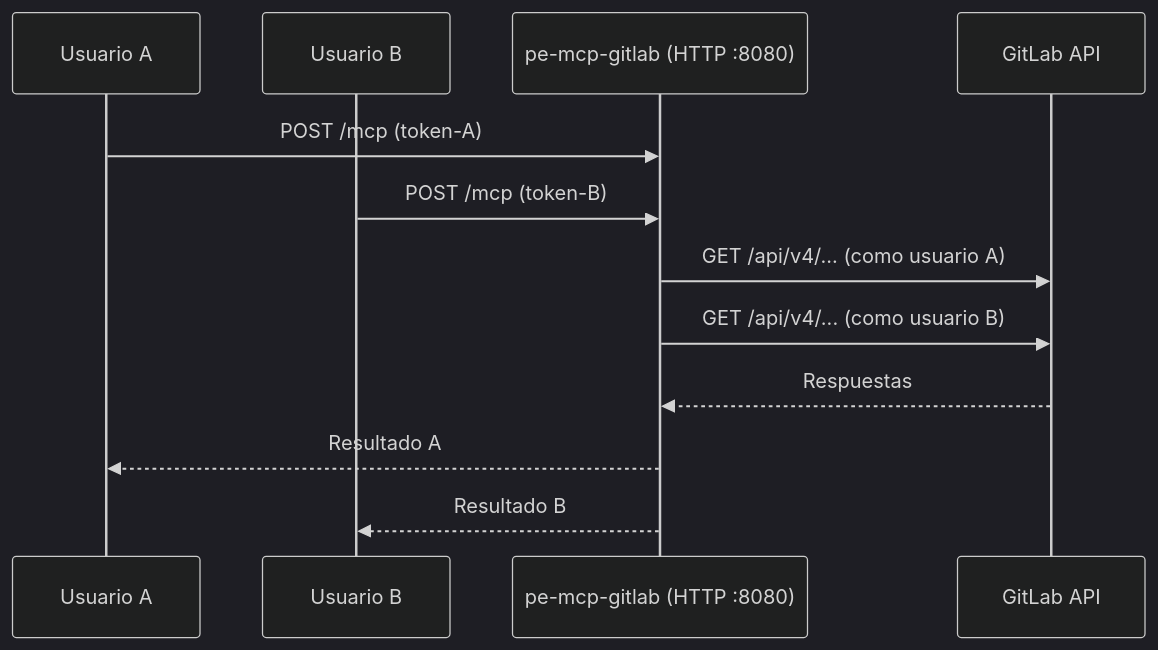
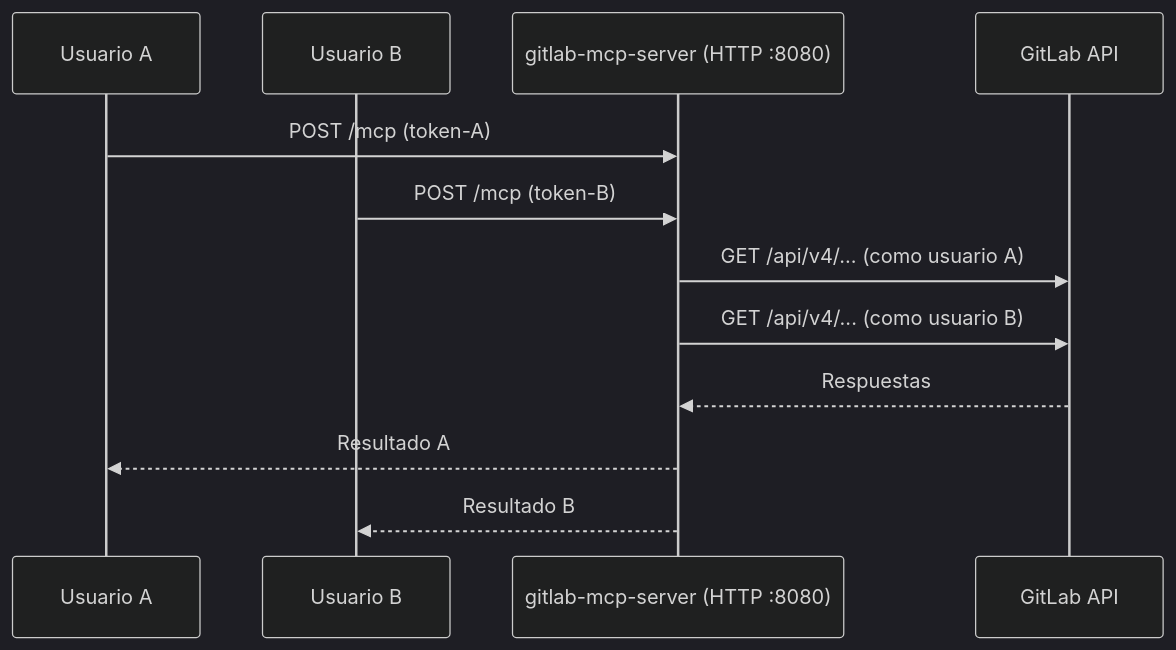
Before and after one commit to jmrplens/gitlab-mcp-server: the third of 6 diagrams in site/docs/architecture.md, drawn with Mermaid (dark theme). The commit also changed other lines of this file and 10 other files, not shown here.

````diff
--- a/site/docs/architecture.md
+++ b/site/docs/architecture.md
@@ -52,15 +52,15 @@
 ```mermaid
 sequenceDiagram
     participant U1 as Usuario A
     participant U2 as Usuario B
-    participant S as pe-mcp-gitlab (HTTP :8080)
+    participant S as gitlab-mcp-server (HTTP :8080)
     participant G as GitLab API
 
     U1->>S: POST /mcp (token-A)
     U2->>S: POST /mcp (token-B)
     S->>G: GET /api/v4/... (como usuario A)
     S->>G: GET /api/v4/... (como usuario B)
     G-->>S: Respuestas
     S-->>U1: Resultado A
     S-->>U2: Resultado B
 ```
````
